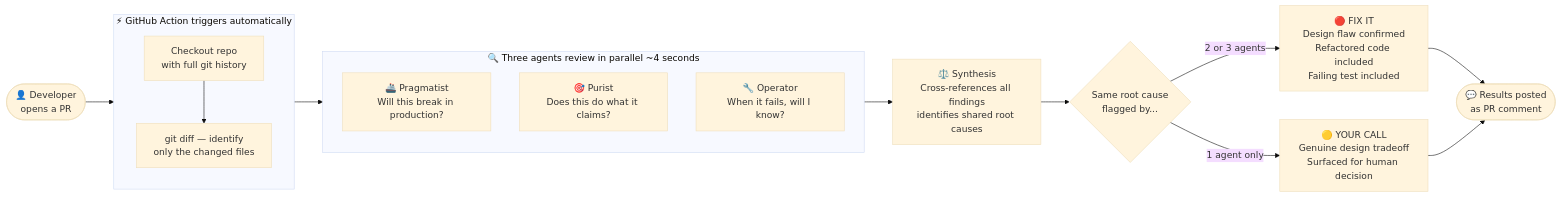
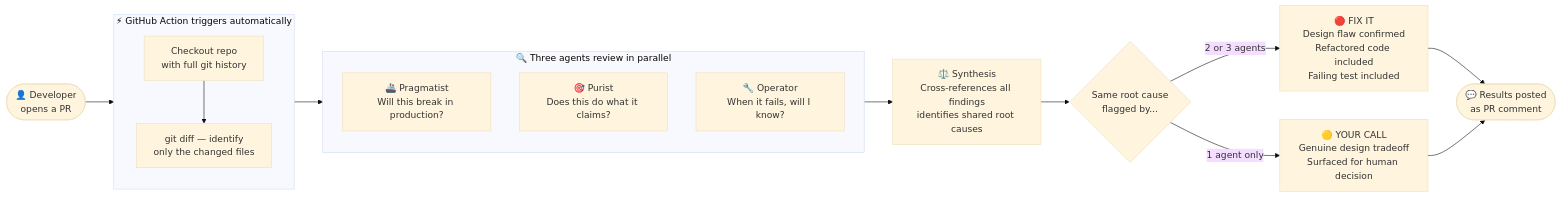
The diagram in README.md (suboss87/CodeQuorum), drawn with Mermaid (base theme) before and after one commit. The commit also changed other lines of this file and 1 other file, not shown here.

````diff
--- a/README.md
+++ b/README.md
@@ -25,28 +29,28 @@
 ```mermaid
 flowchart LR
     A([👤 Developer\nopens a PR]) --> B
 
     subgraph B ["⚡ GitHub Action triggers automatically"]
         direction TB
         B1["Checkout repo\nwith full git history"] --> B2["git diff — identify\nonly the changed files"]
     end
 
     B --> C
 
-    subgraph C ["🔍 Three agents review in parallel  ~4 seconds "]
+    subgraph C ["🔍 Three agents review in parallel"]
         direction TB
         P["🚢 Pragmatist\nWill this break in production?"]
         U["🎯 Purist\nDoes this do what it claims?"]
         O["🔧 Operator\nWhen it fails, will I know?"]
     end
 
     C --> D["⚖️ Synthesis\nCross-references all findings\nidentifies shared root causes"]
 
     D --> E{"Same root cause\nflagged by..."}
 
     E -->|"2 or 3 agents"| F["🔴 FIX IT\nDesign flaw confirmed\nRefactored code included\nFailing test included"]
     E -->|"1 agent only"| G["🟡 YOUR CALL\nGenuine design tradeoff\nSurfaced for human decision"]
 
     F --> H(["💬 Results posted\nas PR comment"])
     G --> H
 ```
````
